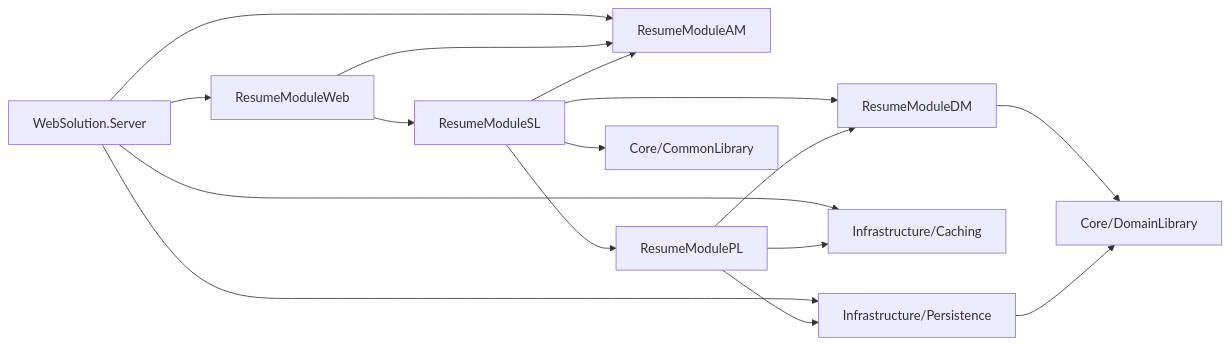
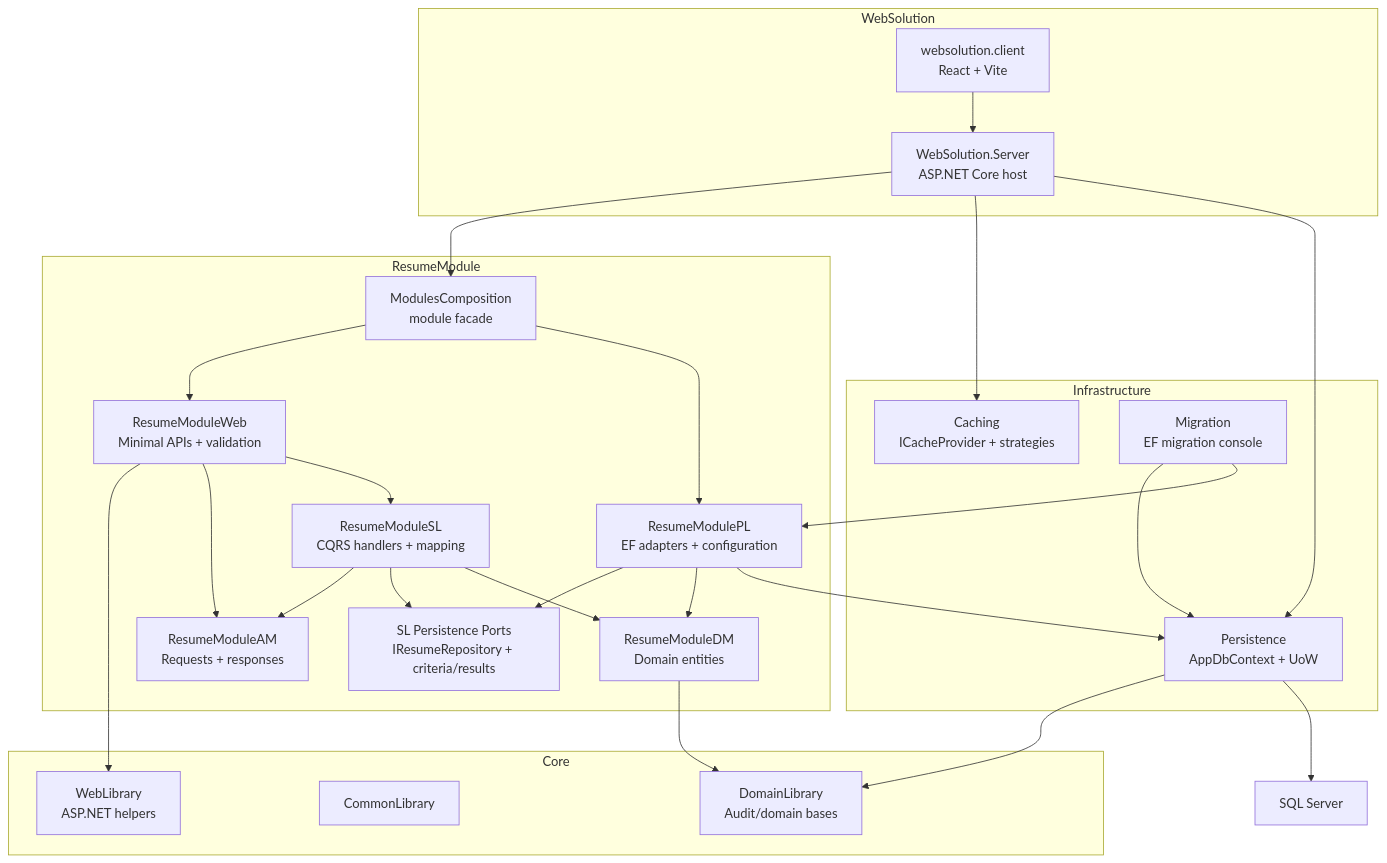
The second of 2 diagrams in README.md (onu-khatri/ResumeEnhancer), drawn with Mermaid before and after one commit. The commit also changed other lines of this file and 31 other files, not shown here.

Commit message:
Align module composition with Clean Architecture dependency flow

````diff
--- a/README.md
+++ b/README.md
@@ -175,32 +152,57 @@
 ```mermaid
-flowchart LR
-    Server["WebSolution.Server"]
-    ModuleWeb["ResumeModuleWeb"]
-    ModuleAM["ResumeModuleAM"]
-    ModuleSL["ResumeModuleSL"]
-    ModulePL["ResumeModulePL"]
-    ModuleDM["ResumeModuleDM"]
-    Caching["Infrastructure/Caching"]
-    Persistence["Infrastructure/Persistence"]
-    CommonLibrary["Core/CommonLibrary"]
-    DomainLibrary["Core/DomainLibrary"]
+flowchart TB
+    subgraph WebSolution["WebSolution"]
+        Client["websolution.client<br/>React + Vite"]
+        Server["WebSolution.Server<br/>ASP.NET Core host"]
+    end
 
-    Server --> ModuleWeb
-    Server --> ModuleAM
+    subgraph ResumeModule["ResumeModule"]
+        Composition["ModulesComposition<br/>module facade"]
+        Web["ResumeModuleWeb<br/>Minimal APIs + validation"]
+        AM["ResumeModuleAM<br/>Requests + responses"]
+        SL["ResumeModuleSL<br/>CQRS handlers + mapping"]
+        Ports["SL Persistence Ports<br/>IResumeRepository + criteria/results"]
+        PL["ResumeModulePL<br/>EF adapters + configuration"]
+        DM["ResumeModuleDM<br/>Domain entities"]
+    end
+
+    subgraph Infrastructure["Infrastructure"]
+        Caching["Caching<br/>ICacheProvider + strategies"]
+        Persistence["Persistence<br/>AppDbContext + UoW"]
+        Migration["Migration<br/>EF migration console"]
+    end
+
+    subgraph Core["Core"]
+        DomainLibrary["DomainLibrary<br/>Audit/domain bases"]
+        CommonLibrary["CommonLibrary"]
+        WebLibrary["WebLibrary<br/>ASP.NET helpers"]
+    end
+
+    Database["SQL Server"]
+
+    Client --> Server
+    Server --> Composition
     Server --> Caching
     Server --> Persistence
 
-    ModuleWeb --> ModuleAM
-    ModuleWeb --> ModuleSL
-    ModuleSL --> ModuleAM
-    ModuleSL --> ModuleDM
-    ModuleSL --> ModulePL
-    ModuleSL --> CommonLibrary
+    Composition --> Web
+    Composition --> PL
 
-    ModulePL --> ModuleDM
-    ModulePL --> Persistence
-    ModulePL --> Caching
+    Web --> WebLibrary
+    Web --> AM
+    Web --> SL
 
-    ModuleDM --> DomainLibrary
+    SL --> AM
+    SL --> Ports
+    SL --> DM
+
+    PL --> Ports
+    PL --> DM
+    PL --> Persistence
+
+    DM --> DomainLibrary
     Persistence --> DomainLibrary
+    Persistence --> Database
+    Migration --> Persistence
+    Migration --> PL
 ```
````
